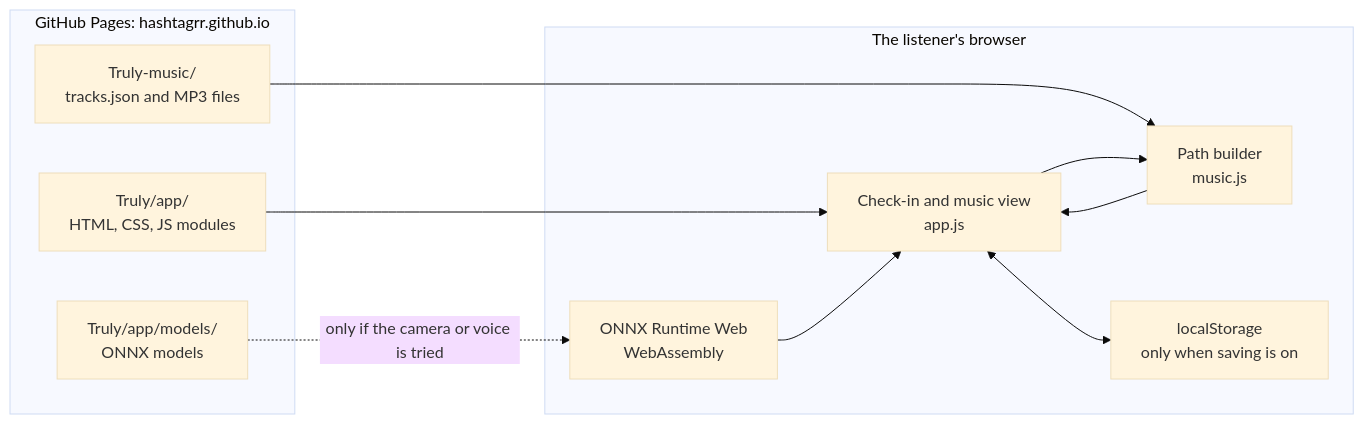
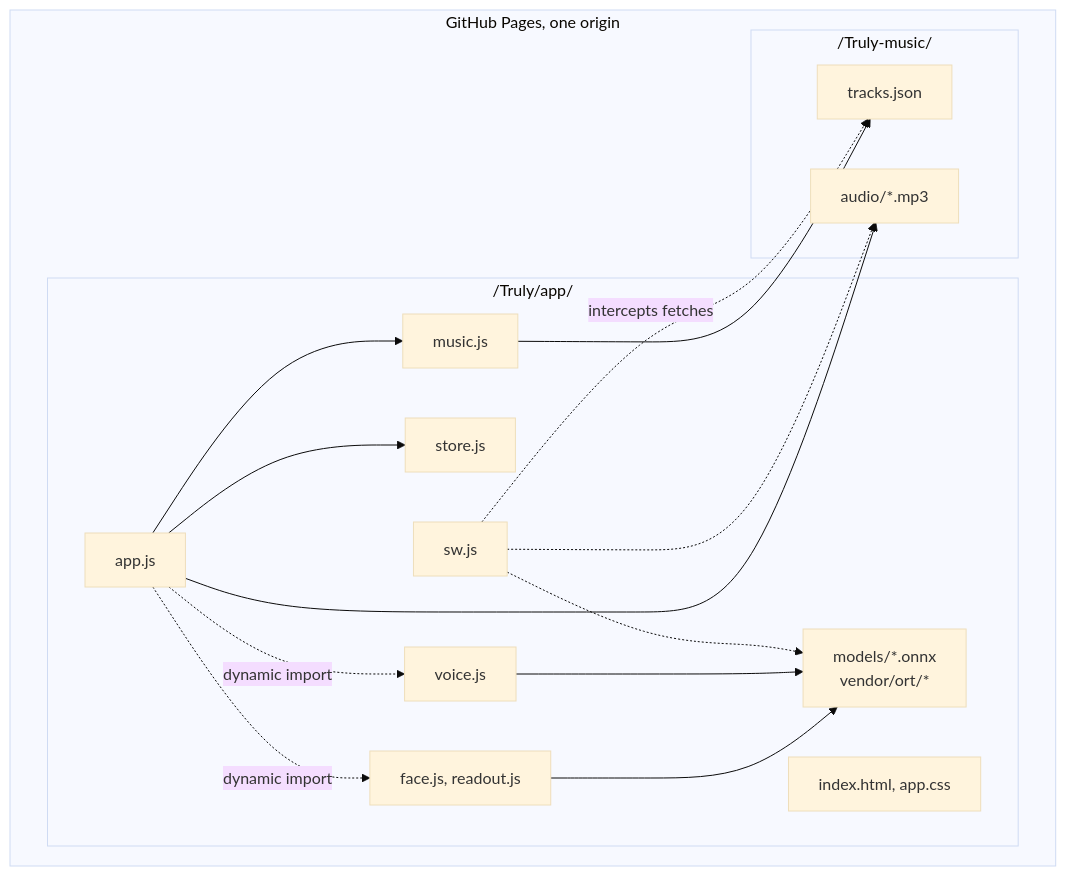
One commit to hashtagRR/Truly changed the first of 4 diagrams in references/ARCHITECTURE.md. Above: the diagram before and after it, drawn with Mermaid (base theme). The commit also changed other lines of this file and 5 other files, not shown here.

First line of the commit message:
Rewrite the architecture document as a technical design

````diff
--- a/references/ARCHITECTURE.md
+++ b/references/ARCHITECTURE.md
@@ -25,20 +50,31 @@
 ```mermaid
-flowchart LR
-  subgraph Site["GitHub Pages: hashtagrr.github.io"]
-    APP["Truly/app/<br/>HTML, CSS, JS modules"]
-    MODELS["Truly/app/models/<br/>ONNX models"]
-    MUSIC["Truly-music/<br/>tracks.json and MP3 files"]
+flowchart TB
+  subgraph Pages["GitHub Pages, one origin"]
+    direction LR
+    subgraph TrulyRepo["/Truly/app/"]
+      HTML["index.html, app.css"]
+      APP["app.js"]
+      MUS["music.js"]
+      STO["store.js"]
+      FACE["face.js, readout.js"]
+      VOICE["voice.js"]
+      SW["sw.js"]
+      MOD["models/*.onnx<br/>vendor/ort/*"]
+    end
+    subgraph MusicRepo["/Truly-music/"]
+      TR["tracks.json"]
+      MP3["audio/*.mp3"]
+    end
   end
-  subgraph Device["The listener's browser"]
-    UI["Check-in and music view<br/>app.js"]
-    PATH["Path builder<br/>music.js"]
-    ORT["ONNX Runtime Web<br/>WebAssembly"]
-    STORE["localStorage<br/>only when saving is on"]
-  end
-  APP --> UI
-  MUSIC --> PATH
-  MODELS -. "only if the camera or voice is tried" .-> ORT
-  UI --> PATH --> UI
-  ORT --> UI
-  UI <--> STORE
+  APP --> MUS
+  APP --> STO
+  APP -. "dynamic import" .-> FACE
+  APP -. "dynamic import" .-> VOICE
+  FACE --> MOD
+  VOICE --> MOD
+  MUS --> TR
+  APP --> MP3
+  SW -. "intercepts fetches" .-> TR
+  SW -.-> MP3
+  SW -.-> MOD
 ```
````
